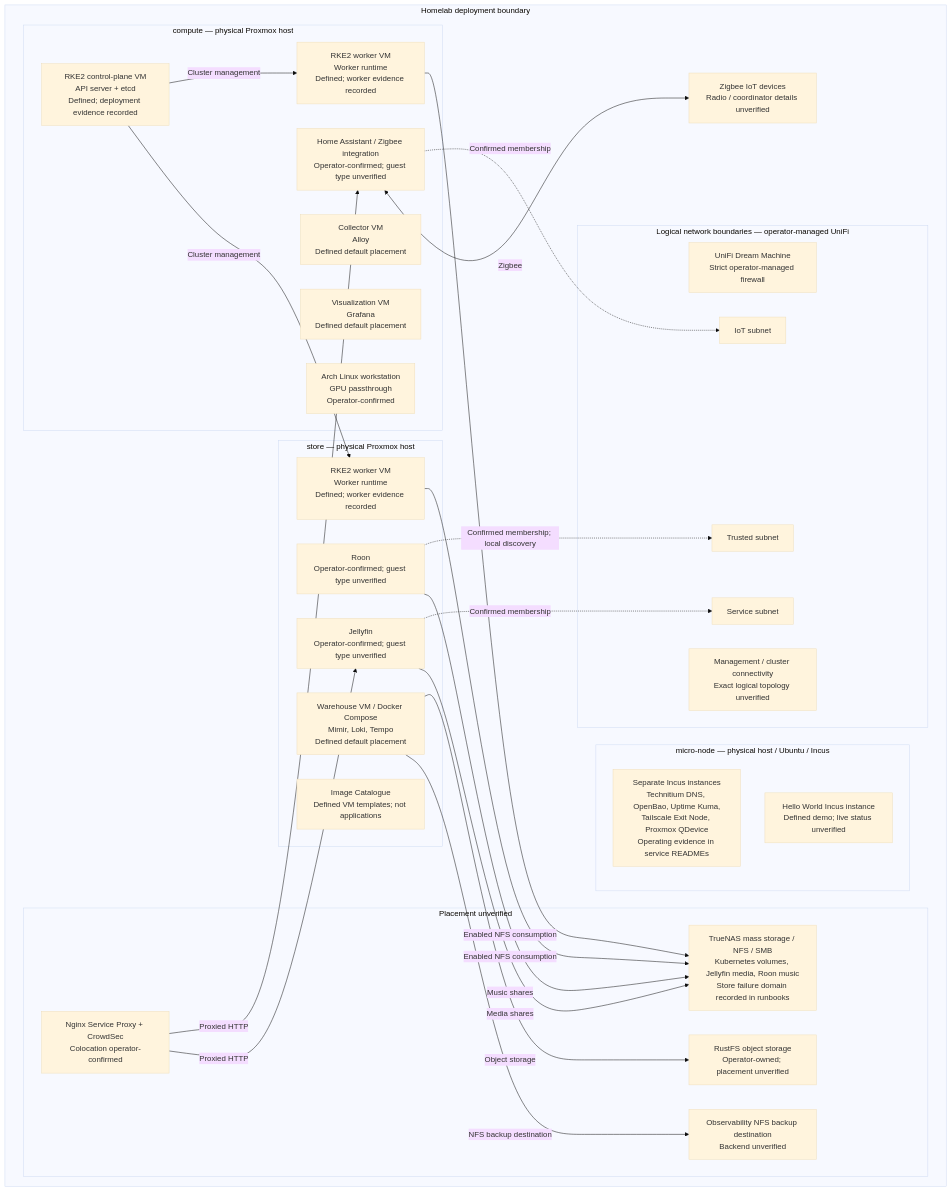
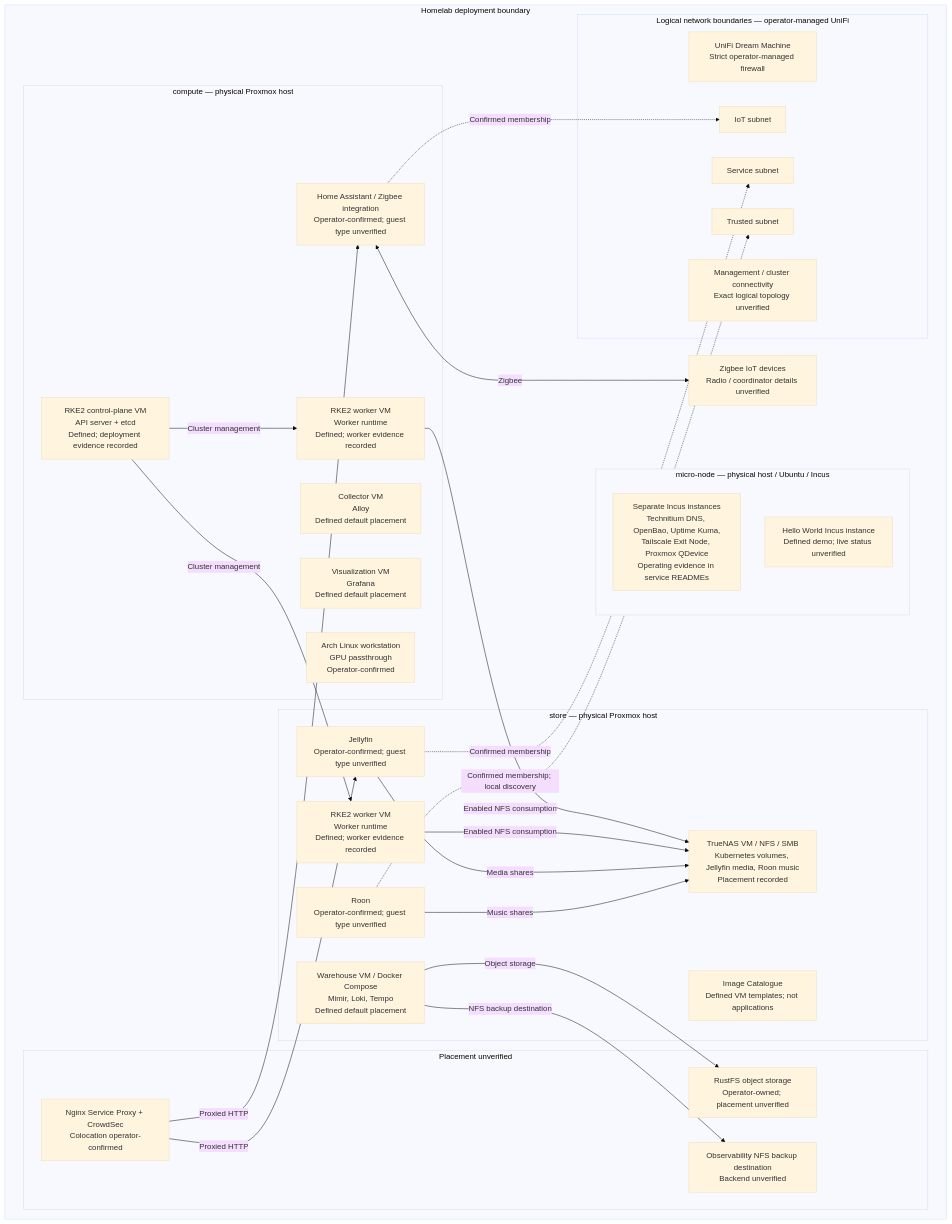
Before and after one commit to lexedwards/homelab: the fourth of 4 diagrams in docs/architecture.md, drawn with Mermaid (base theme). The commit also changed other lines of this file and 19 other files, not shown here.

First line of the commit message:
docs: complete operating guidance and architecture review (#48)

````diff
--- a/docs/architecture.md
+++ b/docs/architecture.md
@@ -150,52 +150,52 @@
 ```mermaid
 flowchart TB
     subgraph lab["Homelab deployment boundary"]
         subgraph micro["micro-node — physical host / Ubuntu / Incus"]
             microapps["Separate Incus instances<br/>Technitium DNS, OpenBao, Uptime Kuma,<br/>Tailscale Exit Node, Proxmox QDevice<br/>Operating evidence in service READMEs"]
             hello["Hello World Incus instance<br/>Defined demo; live status unverified"]
         end
         subgraph compute["compute — physical Proxmox host"]
             cp["RKE2 control-plane VM<br/>API server + etcd<br/>Defined; deployment evidence recorded"]
             cw["RKE2 worker VM<br/>Worker runtime<br/>Defined; worker evidence recorded"]
             collector["Collector VM<br/>Alloy<br/>Defined default placement"]
             grafana["Visualization VM<br/>Grafana<br/>Defined default placement"]
             ha["Home Assistant / Zigbee integration<br/>Operator-confirmed; guest type unverified"]
             workstation["Arch Linux workstation<br/>GPU passthrough<br/>Operator-confirmed"]
         end
         subgraph store["store — physical Proxmox host"]
+            storage["TrueNAS VM / NFS / SMB<br/>Kubernetes volumes, Jellyfin media, Roon music<br/>Placement recorded"]
             sw["RKE2 worker VM<br/>Worker runtime<br/>Defined; worker evidence recorded"]
             warehouse["Warehouse VM / Docker Compose<br/>Mimir, Loki, Tempo<br/>Defined default placement"]
             images["Image Catalogue<br/>Defined VM templates; not applications"]
             jellyfin["Jellyfin<br/>Operator-confirmed; guest type unverified"]
             roon["Roon<br/>Operator-confirmed; guest type unverified"]
         end
         subgraph unknown["Placement unverified"]
-            storage["TrueNAS mass storage / NFS / SMB<br/>Kubernetes volumes, Jellyfin media, Roon music<br/>Store failure domain recorded in runbooks"]
             rustfs["RustFS object storage<br/>Operator-owned; placement unverified"]
             backupnfs["Observability NFS backup destination<br/>Backend unverified"]
             proxy["Nginx Service Proxy + CrowdSec<br/>Colocation operator-confirmed"]
         end
         subgraph network["Logical network boundaries — operator-managed UniFi"]
             firewall["UniFi Dream Machine<br/>Strict operator-managed firewall"]
             iot["IoT subnet"]
             service["Service subnet"]
             trusted["Trusted subnet"]
             management["Management / cluster connectivity<br/>Exact logical topology unverified"]
         end
         zigbee["Zigbee IoT devices<br/>Radio / coordinator details unverified"]
     end
     ha -.->|"Confirmed membership"| iot
     jellyfin -.->|"Confirmed membership"| service
     roon -.->|"Confirmed membership; local discovery"| trusted
     cp -->|"Cluster management"| cw
     cp -->|"Cluster management"| sw
     cw -->|"Enabled NFS consumption"| storage
     sw -->|"Enabled NFS consumption"| storage
     jellyfin -->|"Media shares"| storage
     roon -->|"Music shares"| storage
     warehouse -->|"Object storage"| rustfs
     warehouse -->|"NFS backup destination"| backupnfs
     ha <-->|"Zigbee"| zigbee
     proxy -->|"Proxied HTTP"| ha
     proxy -->|"Proxied HTTP"| jellyfin
 ```
````
